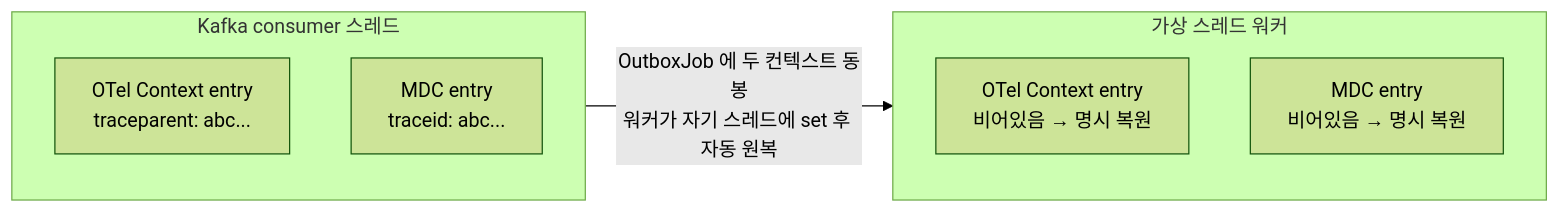
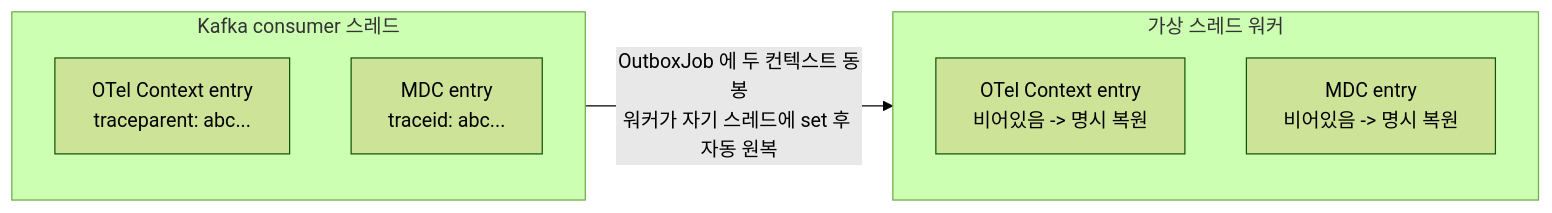
The third of 9 diagrams in README.md (hyoguoo/payment-platform), drawn with Mermaid (forest theme) before and after one commit. The commit also changed other lines of this file and 3 other files, not shown here.

````diff
--- a/README.md
+++ b/README.md
@@ -170,14 +172,14 @@
 ```mermaid
 flowchart LR
     subgraph Th1["Kafka consumer 스레드"]
         OT1[OTel Context entry<br/>traceparent: abc...]
         MD1[MDC entry<br/>traceid: abc...]
     end
 
     subgraph Th2["가상 스레드 워커"]
-        OT2["OTel Context entry<br/>비어있음 → 명시 복원"]
-        MD2["MDC entry<br/>비어있음 → 명시 복원"]
+        OT2["OTel Context entry<br/>비어있음 -> 명시 복원"]
+        MD2["MDC entry<br/>비어있음 -> 명시 복원"]
     end
 
     Th1 -->|OutboxJob 에 두 컨텍스트 동봉<br/>워커가 자기 스레드에 set 후 자동 원복| Th2
 ```
````
